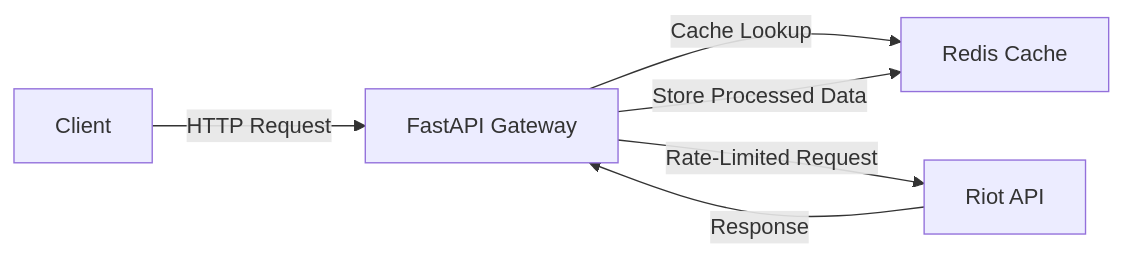
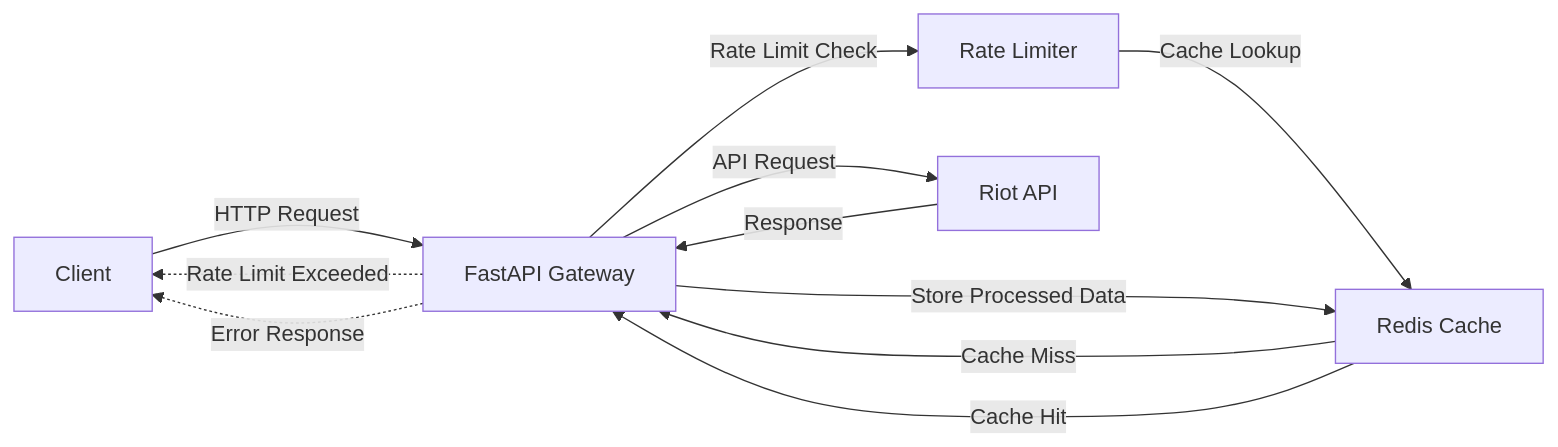
Before and after one commit to OneStepAt4time/lolstonks-api-gateway: the first of 6 diagrams in docs/architecture/overview.md, drawn with Mermaid. The commit also changed other lines of this file, not shown here.

First line of the commit message:
Fix architecture flowchart bugs in documentation

````diff
--- a/docs/architecture/overview.md
+++ b/docs/architecture/overview.md
@@ -9,8 +9,14 @@
 ```mermaid
 flowchart LR
     Client -->|HTTP Request| Gateway[FastAPI Gateway]
-    Gateway -->|Cache Lookup| Redis[Redis Cache]
-    Gateway -->|Rate-Limited Request| Riot[Riot API]
+    Gateway -->|Rate Limit Check| RateLimiter[Rate Limiter]
+    RateLimiter -->|Cache Lookup| Redis[Redis Cache]
+    Redis -->|Cache Miss| Gateway
+    Redis -->|Cache Hit| Gateway
+    Gateway -->|API Request| Riot[Riot API]
     Riot -->|Response| Gateway
     Gateway -->|Store Processed Data| Redis
+
+    Gateway -.->|Rate Limit Exceeded| Client
+    Gateway -.->|Error Response| Client
 ```
````
